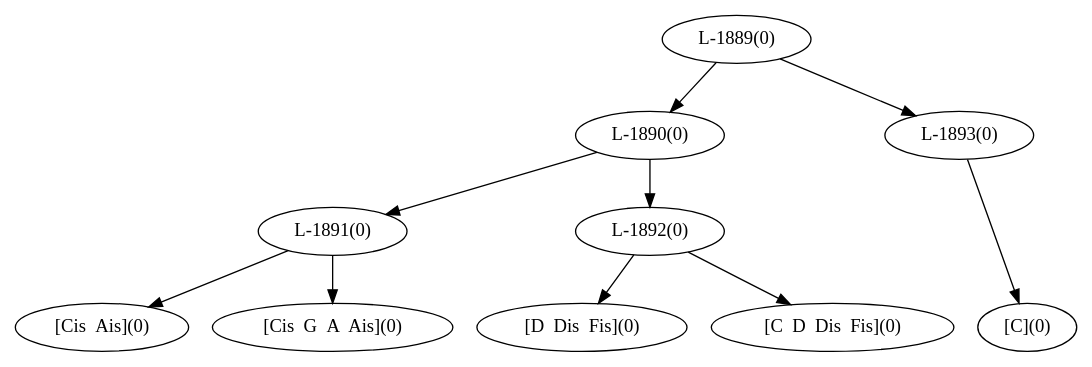
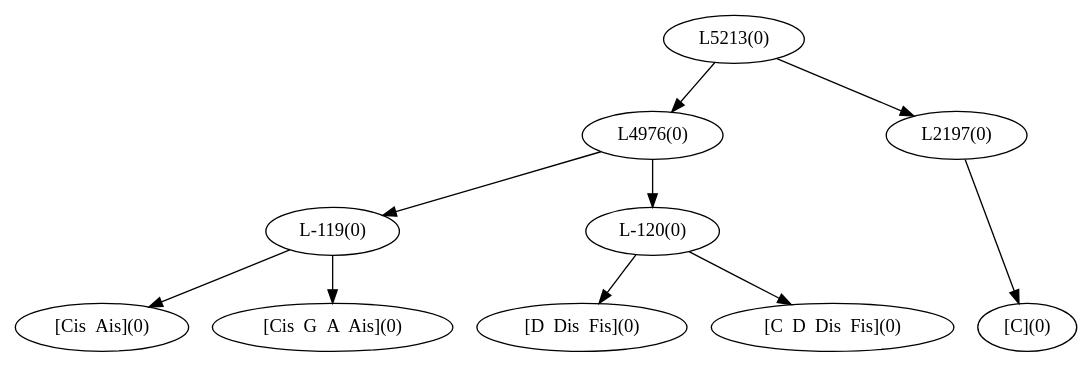
The diagram in Result/dot/generation8_utter0.dot (dousu/MAILM), drawn with Graphviz before and after one commit. The commit also changed 110 other files, not shown here.

```diff
--- a/Result/dot/generation8_utter0.dot
+++ b/Result/dot/generation8_utter0.dot
@@ -1,15 +1,15 @@
 digraph sample{
-"L-1891(0)"->"[Cis  Ais](0)"
-"L-1891(0)"->"[Cis  G  A  Ais](0)"
-"L-1892(0)"->"[D  Dis  Fis](0)"
-"L-1892(0)"->"[C  D  Dis  Fis](0)"
-"L-1890(0)"->"L-1891(0)"
-"L-1890(0)"->"L-1892(0)"
-"L-1893(0)"->"[C](0)"
-"L-1889(0)"->"L-1890(0)"
-"L-1889(0)"->"L-1893(0)"
-{rank = min; "L-1889(0)"}
-{rank = same; "L-1890(0)"; "L-1893(0)";}
-{rank = same; "L-1891(0)"; "L-1892(0)";}
+"L-119(0)"->"[Cis  Ais](0)"
+"L-119(0)"->"[Cis  G  A  Ais](0)"
+"L-120(0)"->"[D  Dis  Fis](0)"
+"L-120(0)"->"[C  D  Dis  Fis](0)"
+"L4976(0)"->"L-119(0)"
+"L4976(0)"->"L-120(0)"
+"L2197(0)"->"[C](0)"
+"L5213(0)"->"L4976(0)"
+"L5213(0)"->"L2197(0)"
+{rank = min; "L5213(0)"}
+{rank = same; "L4976(0)"; "L2197(0)";}
+{rank = same; "L-119(0)"; "L-120(0)";}
 {rank = max; "[C  D  Dis  Fis](0)"; "[C](0)"; "[Cis  Ais](0)"; "[Cis  G  A  Ais](0)"; "[D  Dis  Fis](0)";}
 }
```
